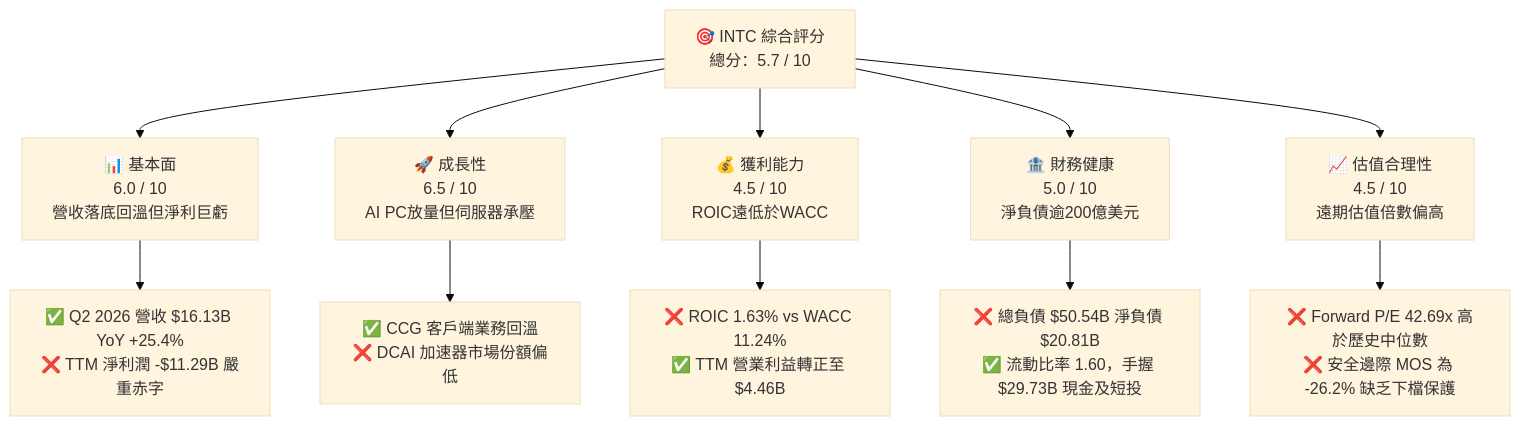
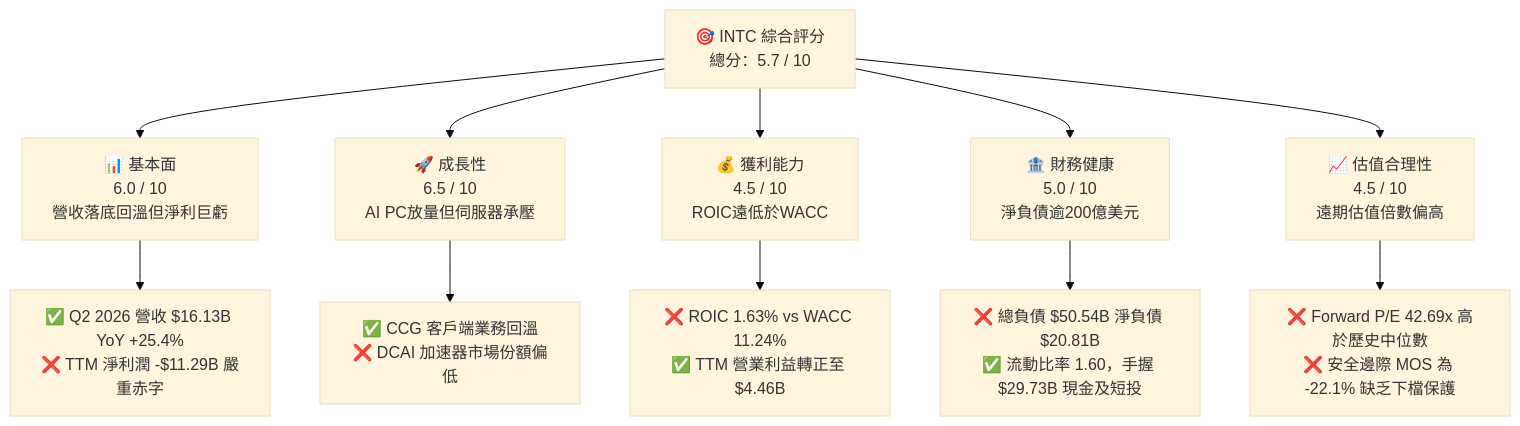
Before and after one commit to yennanliu/finance_data: the first of 15 diagrams in ai_gen_report/fundamental/intc/fundamental_analysis_2026-10-16_gemini.md, drawn with Mermaid (base theme). The commit also changed other lines of this file and 339 other files, not shown here.

````diff
--- a/ai_gen_report/fundamental/intc/fundamental_analysis_2026-10-16_gemini.md
+++ b/ai_gen_report/fundamental/intc/fundamental_analysis_2026-10-16_gemini.md
@@ -60,22 +67,22 @@
 ```mermaid
 graph TD
     INTC["🎯 INTC 綜合評分<br/>總分：5.7 / 10"]
 
     F["📊 基本面<br/>6.0 / 10<br/>營收落底回溫但淨利巨虧"]
     G["🚀 成長性<br/>6.5 / 10<br/>AI PC放量但伺服器承壓"]
     P["💰 獲利能力<br/>4.5 / 10<br/>ROIC遠低於WACC"]
     B["🏦 財務健康<br/>5.0 / 10<br/>淨負債逾200億美元"]
     V["📈 估值合理性<br/>4.5 / 10<br/>遠期估值倍數偏高"]
 
     INTC --> F
     INTC --> G
     INTC --> P
     INTC --> B
     INTC --> V
 
     F --> F1["✅ Q2 2026 營收 $16.13B YoY +25.4%<br/>❌ TTM 淨利潤 -$11.29B 嚴重赤字"]
     G --> G1["✅ CCG 客戶端業務回溫<br/>❌ DCAI 加速器市場份額偏低"]
     P --> P1["❌ ROIC 1.63% vs WACC 11.24%<br/>✅ TTM 營業利益轉正至 $4.46B"]
     B --> B1["❌ 總負債 $50.54B 淨負債 $20.81B<br/>✅ 流動比率 1.60，手握 $29.73B 現金及短投"]
-    V --> V1["❌ Forward P/E 42.69x 高於歷史中位數<br/>❌ 安全邊際 MOS 為 -26.2% 缺乏下檔保護"]
+    V --> V1["❌ Forward P/E 42.69x 高於歷史中位數<br/>❌ 安全邊際 MOS 為 -22.1% 缺乏下檔保護"]
 ```
````
